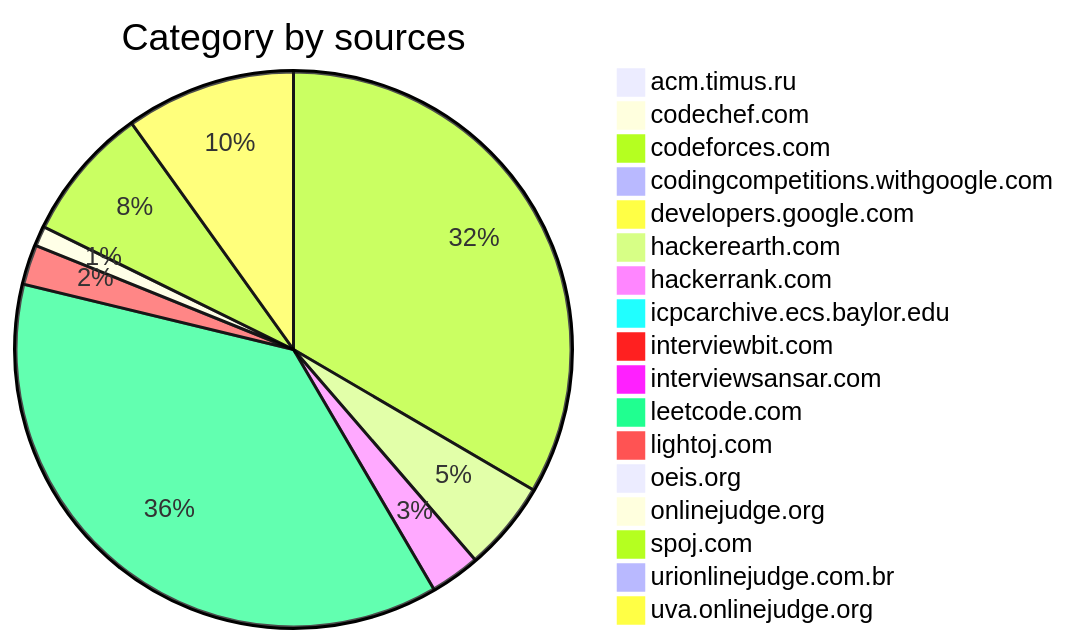
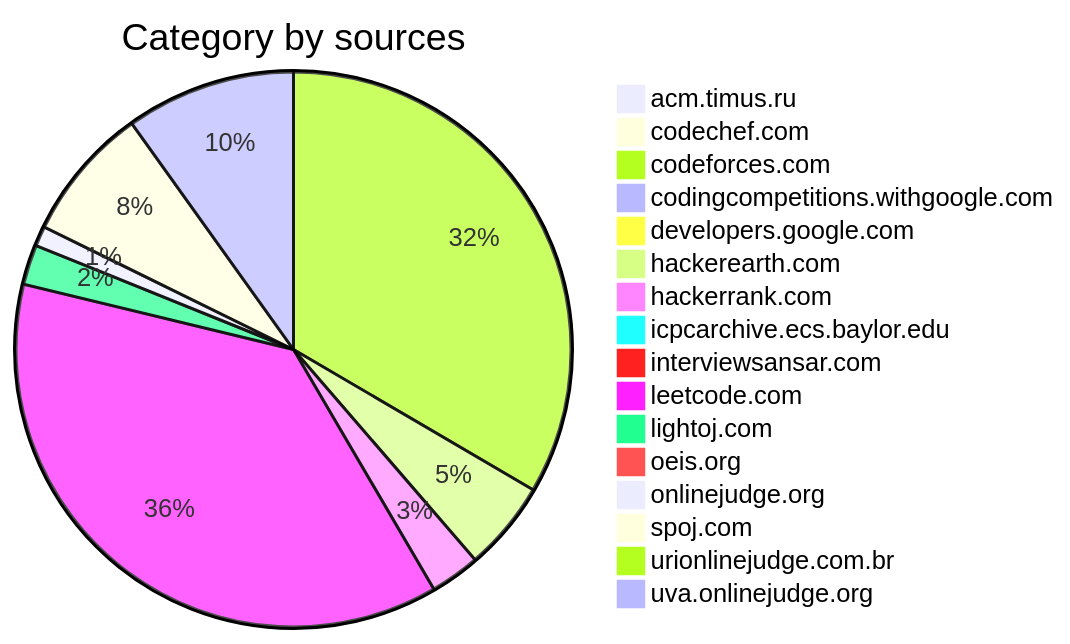
The diagram in README.md (hienmv/Problems-Solving), drawn with Mermaid before and after one commit. The commit also changed other lines of this file and 2 other files, not shown here.

````diff
--- a/README.md
+++ b/README.md
@@ -23,21 +22,20 @@
 ```mermaid
 pie
 	title Category by sources
 	"acm.timus.ru" : 1
 	"codechef.com" : 2
 	"codeforces.com" : 115
 	"codingcompetitions.withgoogle.com" : 1
 	"developers.google.com" : 1
 	"hackerearth.com" : 18
 	"hackerrank.com" : 10
 	"icpcarchive.ecs.baylor.edu" : 3
-	"interviewbit.com" : 1
 	"interviewsansar.com" : 1
 	"leetcode.com" : 128
 	"lightoj.com" : 8
 	"oeis.org" : 1
 	"onlinejudge.org" : 4
 	"spoj.com" : 27
 	"urionlinejudge.com.br" : 2
 	"uva.onlinejudge.org" : 34
 ```
````
